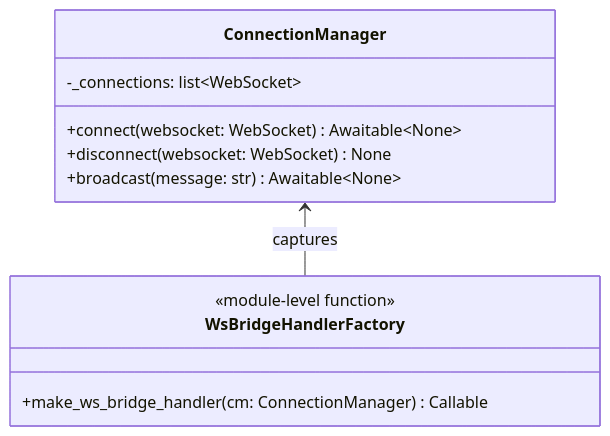
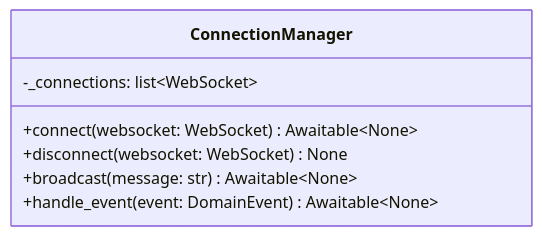
One commit to bakufu-dev/bakufu changed the diagram in docs/features/websocket-broadcast/http-api/detailed-design.md. Above: the diagram before and after it, drawn with Mermaid. The commit also changed other lines of this file and 1 other file, not shown here.

````diff
--- a/docs/features/websocket-broadcast/http-api/detailed-design.md
+++ b/docs/features/websocket-broadcast/http-api/detailed-design.md
@@ -24,14 +24,10 @@
 ```mermaid
 classDiagram
     class ConnectionManager {
         -_connections: list~WebSocket~
         +connect(websocket: WebSocket) Awaitable~None~
         +disconnect(websocket: WebSocket) None
         +broadcast(message: str) Awaitable~None~
+        +handle_event(event: DomainEvent) Awaitable~None~
     }
-    class WsBridgeHandlerFactory {
-        <<module-level function>>
-        +make_ws_bridge_handler(cm: ConnectionManager) Callable
-    }
-    ConnectionManager <-- WsBridgeHandlerFactory : captures
 ```
````
